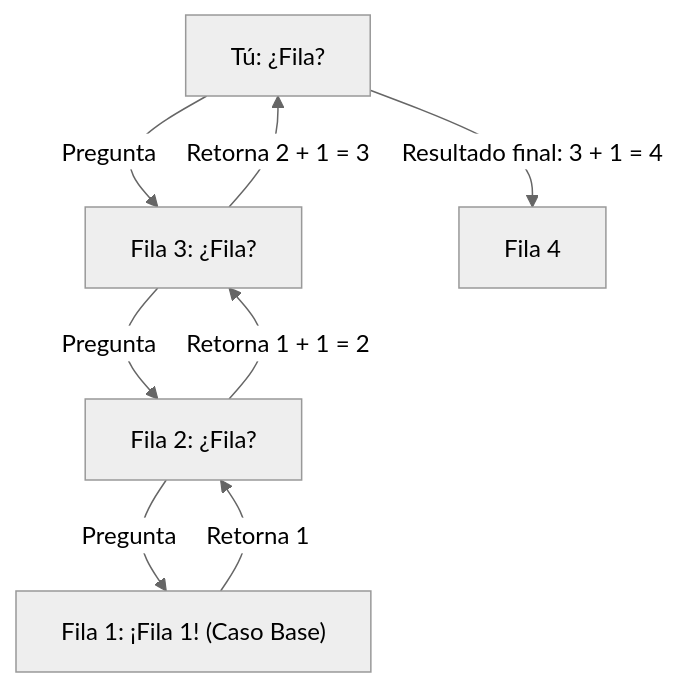
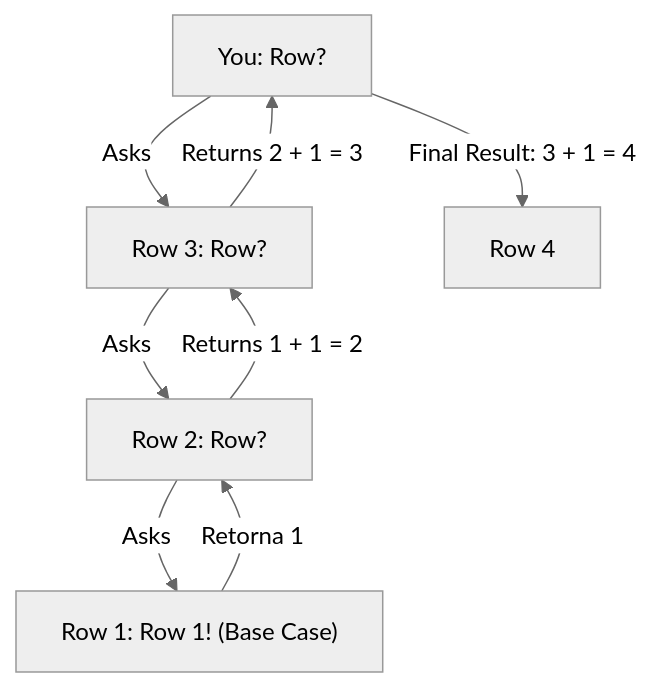
Before and after one commit to MiniLux0/LearningCpp: the first of 2 diagrams in 05_RecursionAlgorithms/theory/L31_ThinkingRecursively.md, drawn with Mermaid (neutral theme). The commit also changed other lines of this file and 13 other files, not shown here.

Commit message:
Refactor Section 05: English translation & programmatic SVG algorithmic diagrams

````diff
--- a/05_RecursionAlgorithms/theory/L31_ThinkingRecursively.md
+++ b/05_RecursionAlgorithms/theory/L31_ThinkingRecursively.md
@@ -52,10 +52,10 @@
 ```mermaid
 graph TD
-    A["Tú: ¿Fila?"] -->|Pregunta| B["Fila 3: ¿Fila?"]
-    B -->|Pregunta| C["Fila 2: ¿Fila?"]
-    C -->|Pregunta| D["Fila 1: ¡Fila 1! (Caso Base)"]
+    A["You: Row?"] -->|Asks| B["Row 3: Row?"]
+    B -->|Asks| C["Row 2: Row?"]
+    C -->|Asks| D["Row 1: Row 1! (Base Case)"]
     D -->|Retorna 1| C
-    C -->|Retorna 1 + 1 = 2| B
-    B -->|Retorna 2 + 1 = 3| A
-    A -->|Resultado final: 3 + 1 = 4| E["Fila 4"]
+    C -->|Returns 1 + 1 = 2| B
+    B -->|Returns 2 + 1 = 3| A
+    A -->|Final Result: 3 + 1 = 4| E["Row 4"]
 ```
````
